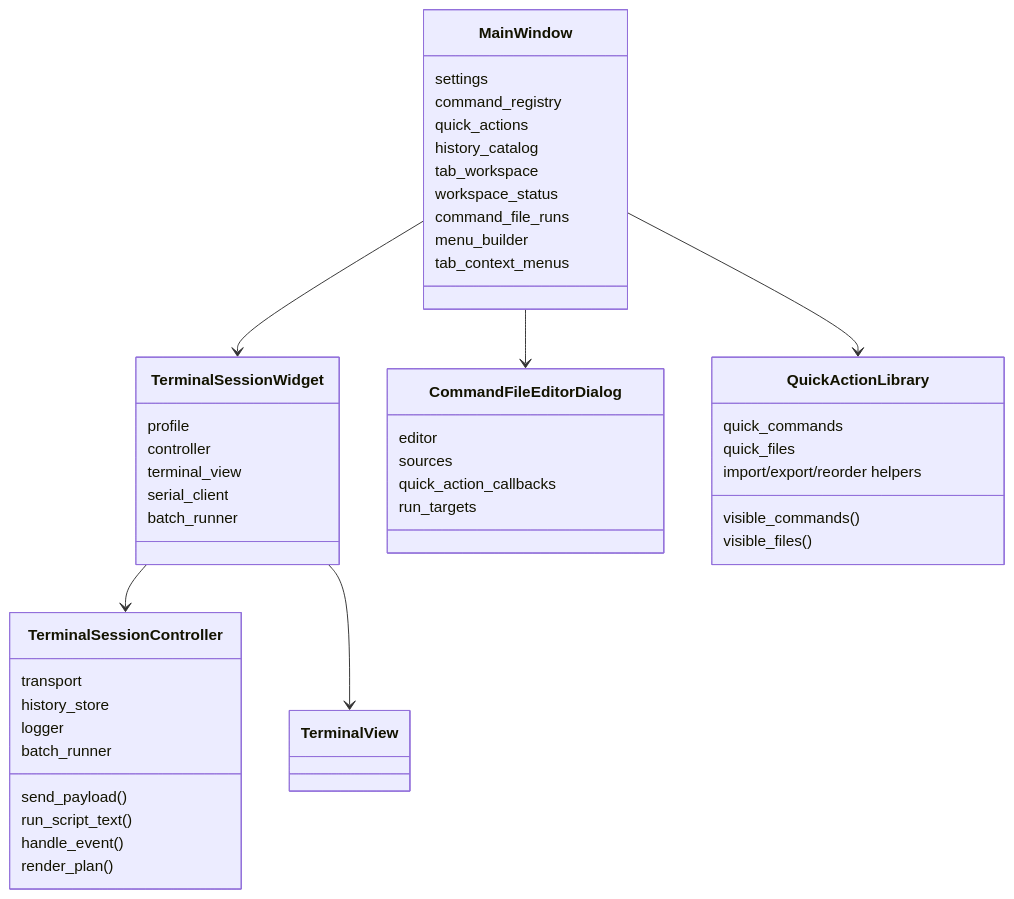
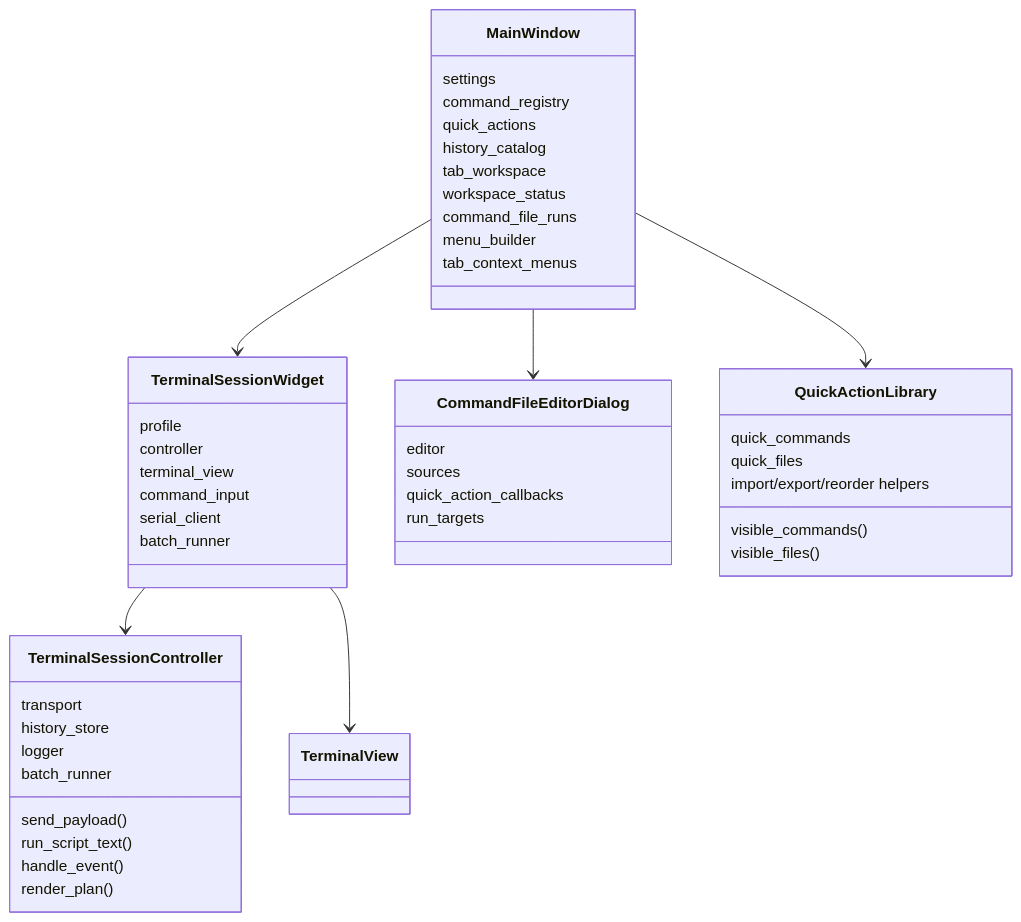
Before and after one commit to shuky-shukrun/ComPort-Zone: the third of 11 diagrams in docs/DESIGN.md, drawn with Mermaid. The commit also changed other lines of this file and 7 other files, not shown here.

````diff
--- a/docs/DESIGN.md
+++ b/docs/DESIGN.md
@@ -123,54 +125,55 @@
 ```mermaid
 classDiagram
     class MainWindow {
         settings
         command_registry
         quick_actions
         history_catalog
         tab_workspace
         workspace_status
         command_file_runs
         menu_builder
         tab_context_menus
     }
 
     class TerminalSessionWidget {
         profile
         controller
         terminal_view
+        command_input
         serial_client
         batch_runner
     }
 
     class TerminalSessionController {
         transport
         history_store
         logger
         batch_runner
         send_payload()
         run_script_text()
         handle_event()
         render_plan()
     }
 
     class CommandFileEditorDialog {
         editor
         sources
         quick_action_callbacks
         run_targets
     }
 
     class QuickActionLibrary {
         quick_commands
         quick_files
         visible_commands()
         visible_files()
         import/export/reorder helpers
     }
 
     MainWindow --> TerminalSessionWidget
     MainWindow --> CommandFileEditorDialog
     MainWindow --> QuickActionLibrary
     TerminalSessionWidget --> TerminalSessionController
     TerminalSessionWidget --> TerminalView
 ```
````
